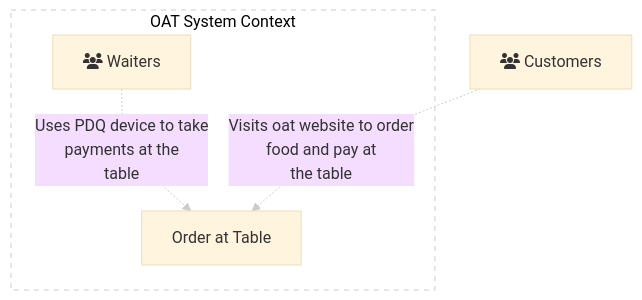
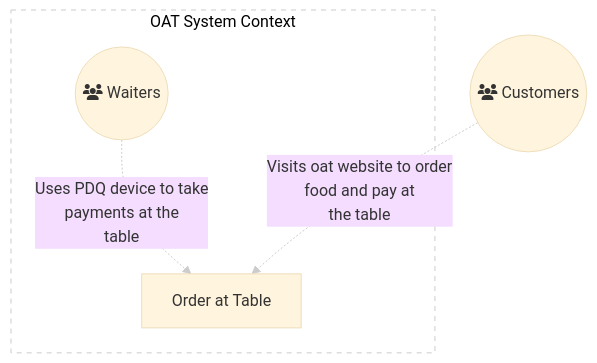
One commit to anandakumarpalanisamy/css-recipes changed the first of 5 diagrams in README.md. Above: the diagram before and after it, drawn with Mermaid.

````diff
--- a/README.md
+++ b/README.md
@@ -3,10 +3,11 @@
 ```mermaid
 %%{init: {'theme':'base', 'themeVariables': { 'lineColor': '#cccccc'}}}%%
 graph TB
     subgraph SystemContext [OAT System Context]
     style SystemContext fill:#fff,stroke:#ccc,stroke-width:1px,color:#000,stroke-dasharray: 5 5
-    Waiter[fas:fa-users Waiters] -. "Uses PDQ device to take<br/>payments at the<br/>table" .-> OAT[Order at Table]
+    Waiter((fa:fa-users Waiters)) -. "Uses PDQ device to take<br/>payments at the<br/>table" .-> OAT[Order at Table]
     end
 
-    Customer[fas:fa-users Customers] -. "Visits oat website to order<br/>food and pay at<br/> the table" .-> OAT
+    Customer((fa:fa-users Customers)) -. "Visits oat website to order<br/>food and pay at<br/> the table" .-> OAT
+    
 ```
````
